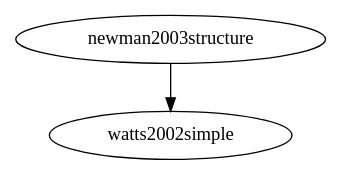
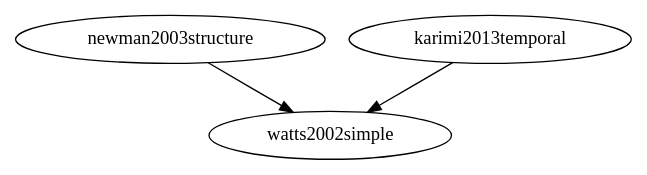
The diagram in bibliography/bibliography.dot (turbopope/nss), drawn with Graphviz before and after one commit. The commit also changed 2 other files, not shown here.

Commit message:
Add karimi2013temporal

```diff
--- a/bibliography/bibliography.dot
+++ b/bibliography/bibliography.dot
@@ -1,3 +1,4 @@
 digraph citations {
   newman2003structure -> watts2002simple
+  karimi2013temporal -> watts2002simple
 }
```
